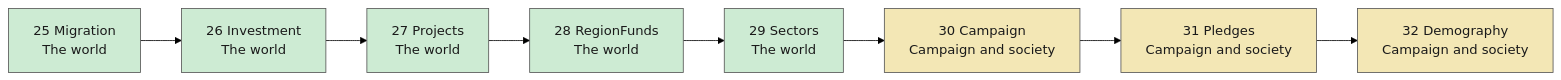
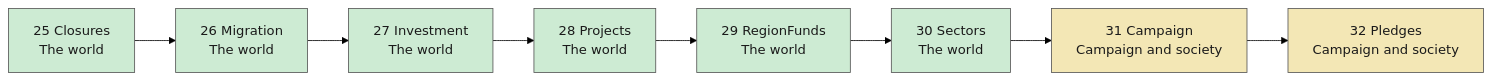
One commit to powerbassist/World-simulator changed the fourth of 5 diagrams in docs/tick-order.md. Above: the diagram before and after it, drawn with Mermaid (forest theme). The commit also changed other lines of this file and 12 other files, not shown here.

````diff
--- a/docs/tick-order.md
+++ b/docs/tick-order.md
@@ -84,18 +84,18 @@
 ```mermaid
 flowchart LR
-  s25["25 Migration<br/>The world"]:::g3
-  s26["26 Investment<br/>The world"]:::g3
-  s27["27 Projects<br/>The world"]:::g3
-  s28["28 RegionFunds<br/>The world"]:::g3
-  s29["29 Sectors<br/>The world"]:::g3
-  s30["30 Campaign<br/>Campaign and society"]:::g4
-  s31["31 Pledges<br/>Campaign and society"]:::g4
-  s32["32 Demography<br/>Campaign and society"]:::g4
+  s25["25 Closures<br/>The world"]:::g3
+  s26["26 Migration<br/>The world"]:::g3
+  s27["27 Investment<br/>The world"]:::g3
+  s28["28 Projects<br/>The world"]:::g3
+  s29["29 RegionFunds<br/>The world"]:::g3
+  s30["30 Sectors<br/>The world"]:::g3
+  s31["31 Campaign<br/>Campaign and society"]:::g4
+  s32["32 Pledges<br/>Campaign and society"]:::g4
   s25 --> s26 --> s27 --> s28 --> s29 --> s30 --> s31 --> s32
   classDef g0 fill:#cfe3f7,stroke:#555,color:#1a1a1a
   classDef g1 fill:#f6dcc2,stroke:#555,color:#1a1a1a
   classDef g2 fill:#dccff0,stroke:#555,color:#1a1a1a
   classDef g3 fill:#cdebd3,stroke:#555,color:#1a1a1a
   classDef g4 fill:#f3e7b5,stroke:#555,color:#1a1a1a
   classDef g5 fill:#f2cfd3,stroke:#555,color:#1a1a1a
 ```
````
